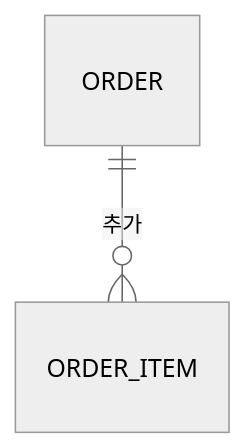
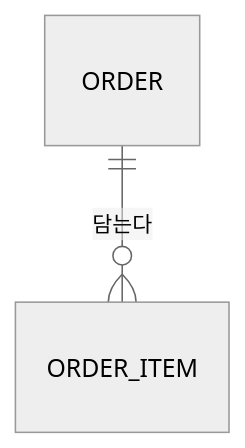
Before and after one commit to dincal/agent_logbook: the second of 4 diagrams in templates/plan.md, drawn with Mermaid (neutral theme). The commit also changed other lines of this file and 33 other files, not shown here.

````diff
--- a/templates/plan.md
+++ b/templates/plan.md
@@ -36,4 +46,4 @@
 ```mermaid
 erDiagram
-  ORDER ||--o{ ORDER_ITEM : "추가"
+  ORDER ||--o{ ORDER_ITEM : "담는다"
 ```
````
